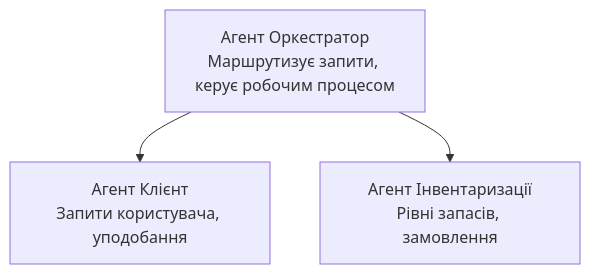
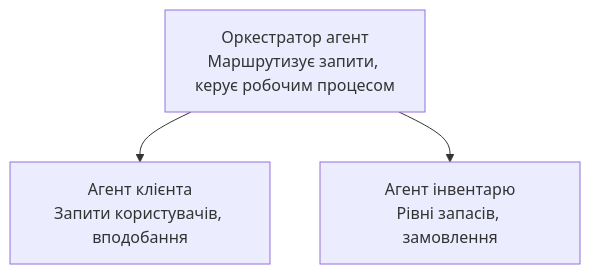
The diagram in translations/uk/docs/chapter-05-multi-agent/README.md (microsoft/AZD-for-beginners), drawn with Mermaid before and after one commit. The commit also changed other lines of this file and 59 other files, not shown here.

````diff
--- a/translations/uk/docs/chapter-05-multi-agent/README.md
+++ b/translations/uk/docs/chapter-05-multi-agent/README.md
@@ -54,5 +54,5 @@
 ```mermaid
 graph TD
-    Orchestrator[Агент Оркестратор<br/>Маршрутизує запити, керує робочим процесом] --> Customer[Агент Клієнт<br/>Запити користувача, уподобання]
-    Orchestrator --> Inventory[Агент Інвентаризації<br/>Рівні запасів, замовлення]
+    Orchestrator[Оркестратор агент<br/>Маршрутизує запити, керує робочим процесом] --> Customer[Агент клієнта<br/>Запити користувачів, вподобання]
+    Orchestrator --> Inventory[Агент інвентарю<br/>Рівні запасів, замовлення]
 ```
````
